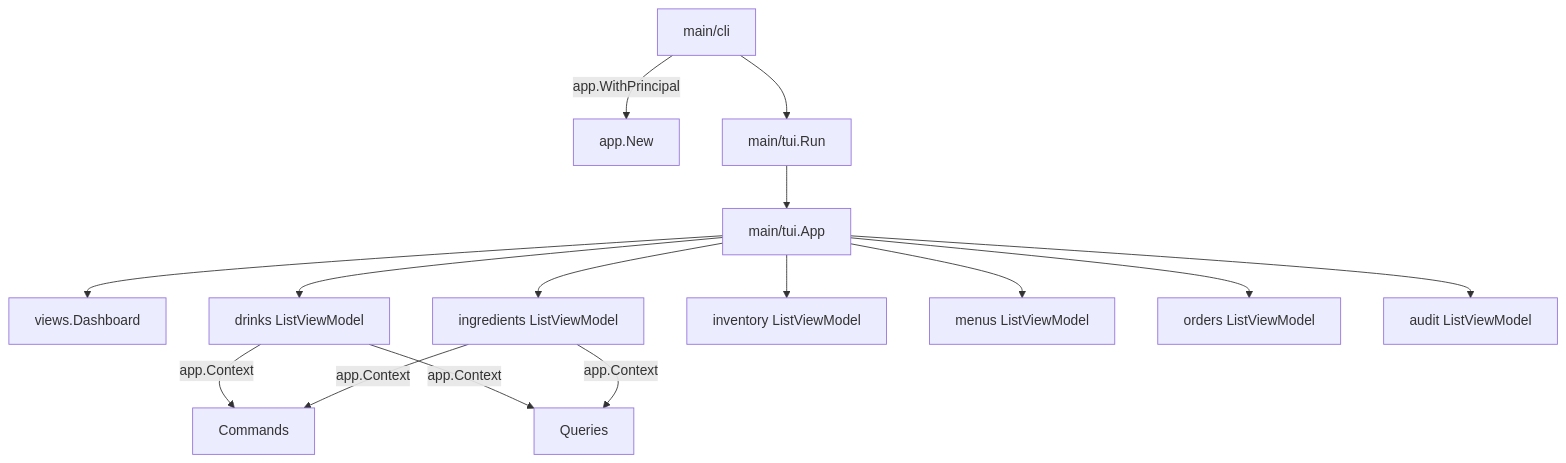
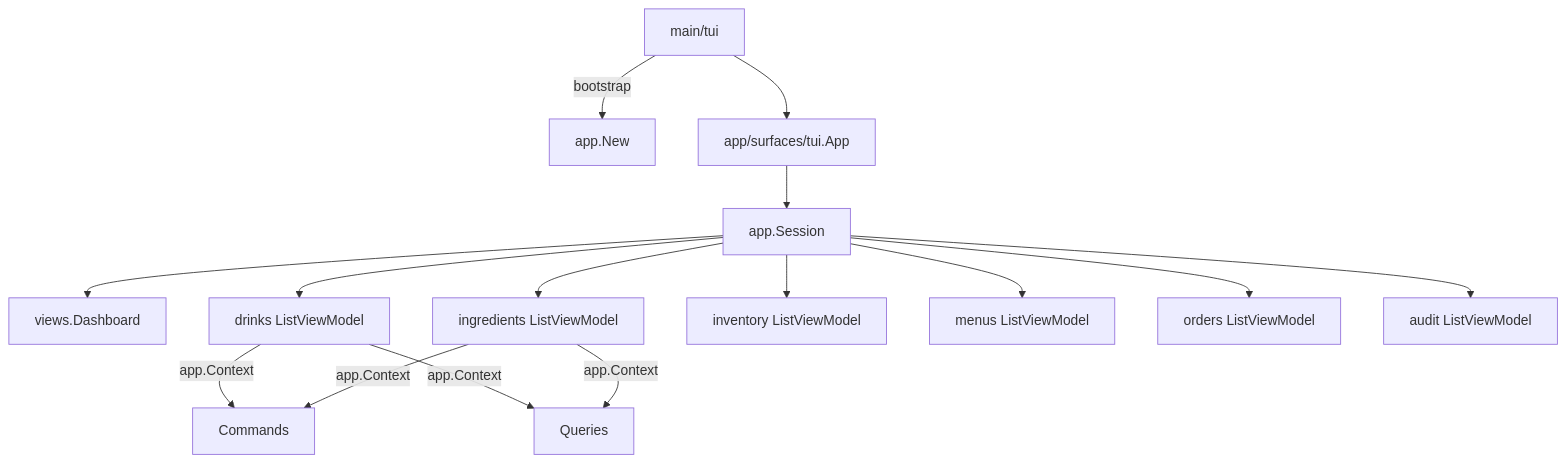
The diagram in main/tui/README.md (TheFellow/go-modular-monolith), drawn with Mermaid before and after one commit. The commit also changed other lines of this file and 18 other files, not shown here.

Commit message:
Split CLI and TUI entry points

````diff
--- a/main/tui/README.md
+++ b/main/tui/README.md
@@ -7,18 +7,18 @@
 ```mermaid
 graph TD
-    CLI[main/cli] -->|app.WithPrincipal| AppInit[app.New]
-    CLI --> TUI[main/tui.Run]
-    TUI --> App[main/tui.App]
+    Entry[main/tui] -->|bootstrap| AppInit[app.New]
+    Entry --> TUI[app/surfaces/tui.App]
+    TUI --> App[app.Session]
     App --> Dash[views.Dashboard]
     App --> Drinks[drinks ListViewModel]
     App --> Ingredients[ingredients ListViewModel]
     App --> Inventory[inventory ListViewModel]
     App --> Menus[menus ListViewModel]
     App --> Orders[orders ListViewModel]
     App --> Audit[audit ListViewModel]
 
     Drinks -->|app.Context| Cmds[Commands]
     Drinks -->|app.Context| Qrys[Queries]
     Ingredients -->|app.Context| Cmds
     Ingredients -->|app.Context| Qrys
 ```
````
